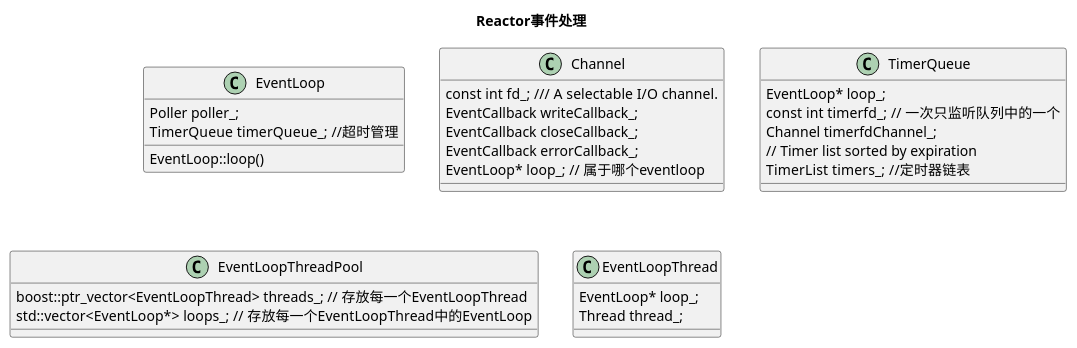
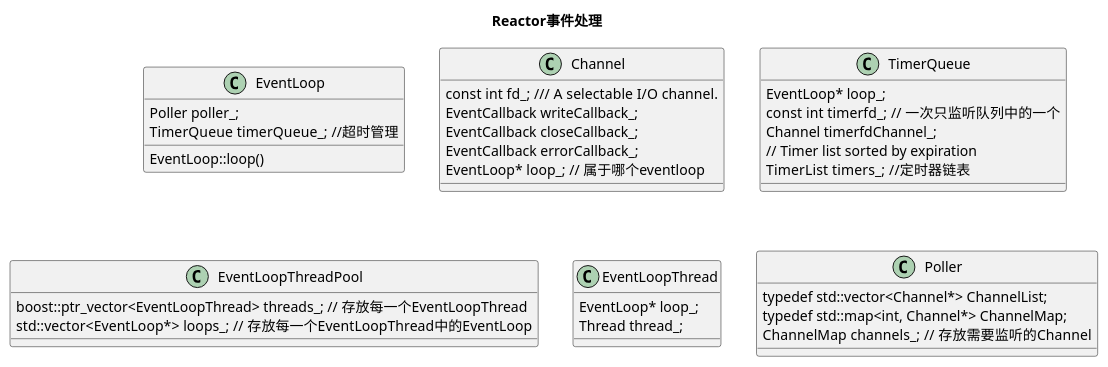
One commit to hz-fengpeng/doc changed the first of 4 diagrams in muduo/muduo.md. Above: the diagram before and after it, drawn with PlantUML. The commit also changed other lines of this file and 33 other files, not shown here.

````diff
--- a/muduo/muduo.md
+++ b/muduo/muduo.md
@@ -6,42 +7,49 @@
 ``` plantuml
 
 title Reactor事件处理
 class EventLoop
 {
     Poller poller_;
     TimerQueue timerQueue_;  //超时管理
 
     EventLoop::loop()
 }
 
 class Channel
 {
     const int  fd_; /// A selectable I/O channel.
     EventCallback writeCallback_;
     EventCallback closeCallback_;
     EventCallback errorCallback_;
     EventLoop* loop_; // 属于哪个eventloop
 }
 
 class TimerQueue
 {
      EventLoop* loop_;
     const int timerfd_;  // 一次只监听队列中的一个
     Channel timerfdChannel_;
     // Timer list sorted by expiration
     TimerList timers_;  //定时器链表
 }
 
 class EventLoopThreadPool
 {
     boost::ptr_vector<EventLoopThread> threads_; // 存放每一个EventLoopThread
     std::vector<EventLoop*> loops_;  // 存放每一个EventLoopThread中的EventLoop
 }
 
 class EventLoopThread
 {
     EventLoop* loop_;
     Thread thread_;
 }
 
+class Poller
+{
+    typedef std::vector<Channel*> ChannelList;
+    typedef std::map<int, Channel*> ChannelMap;
+    ChannelMap channels_;  // 存放需要监听的Channel
+}
+
 ```
````
